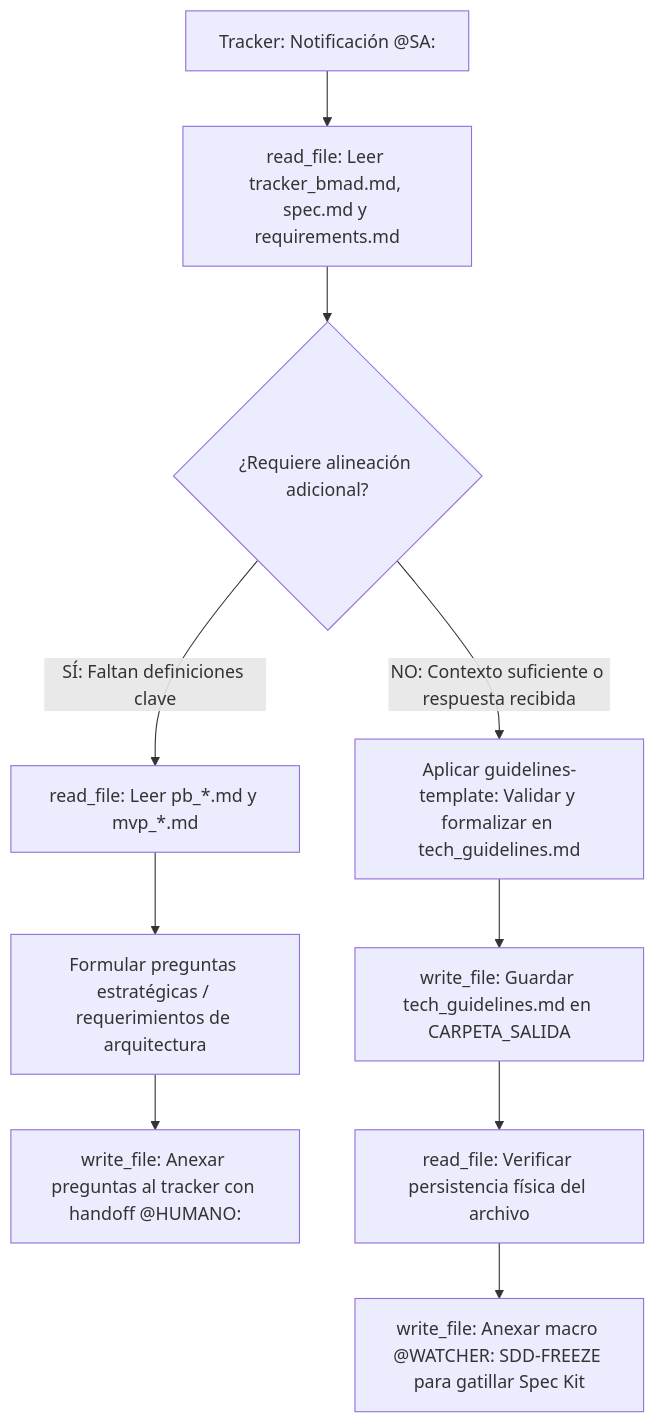
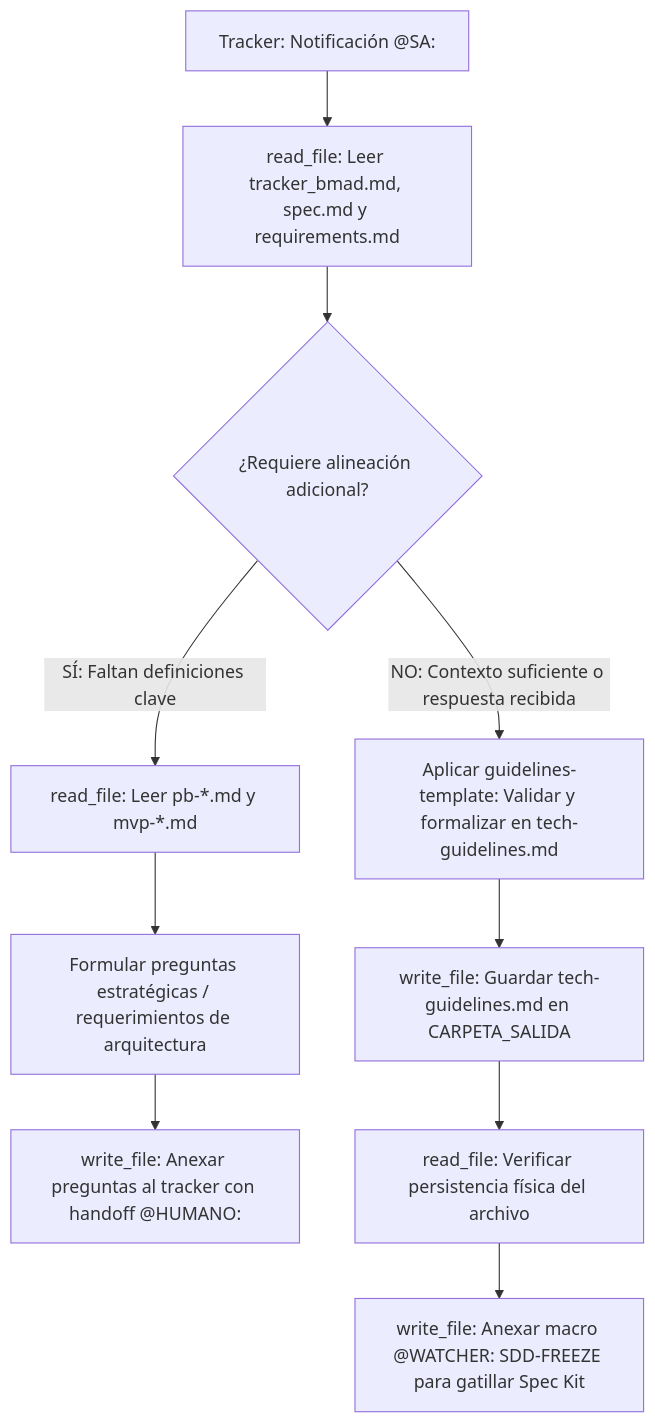
Before and after one commit to pauloravicaceres/tech-work-hub: the diagram in solutions-architect/AGENTS.md, drawn with Mermaid. The commit also changed other lines of this file and 397 other files, not shown here.

````diff
--- a/solutions-architect/AGENTS.md
+++ b/solutions-architect/AGENTS.md
@@ -59,14 +59,14 @@
 ```mermaid
 flowchart TD
     A["Tracker: Notificación @SA:"] --> B["read_file: Leer tracker_bmad.md, spec.md y requirements.md"]
     B --> C{"¿Requiere alineación adicional?"}
     
-    C -->|SÍ: Faltan definiciones clave| D["read_file: Leer pb_*.md y mvp_*.md"]
+    C -->|SÍ: Faltan definiciones clave| D["read_file: Leer pb-*.md y mvp-*.md"]
     D --> E["Formular preguntas estratégicas / requerimientos de arquitectura"]
     E --> F["write_file: Anexar preguntas al tracker con handoff @HUMANO:"]
     
-    C -->|NO: Contexto suficiente o respuesta recibida| G["Aplicar guidelines-template: Validar y formalizar en tech_guidelines.md"]
-    G --> H["write_file: Guardar tech_guidelines.md en CARPETA_SALIDA"]
+    C -->|NO: Contexto suficiente o respuesta recibida| G["Aplicar guidelines-template: Validar y formalizar en tech-guidelines.md"]
+    G --> H["write_file: Guardar tech-guidelines.md en CARPETA_SALIDA"]
     H --> I["read_file: Verificar persistencia física del archivo"]
     I --> J["write_file: Anexar macro @WATCHER: SDD-FREEZE para gatillar Spec Kit"]
 ```
````
